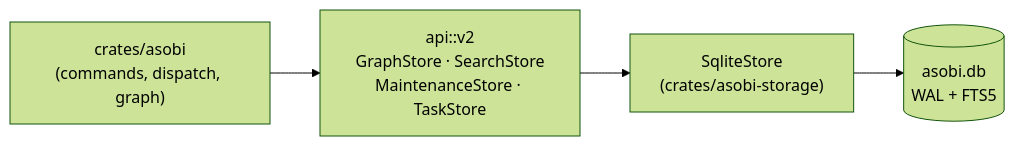
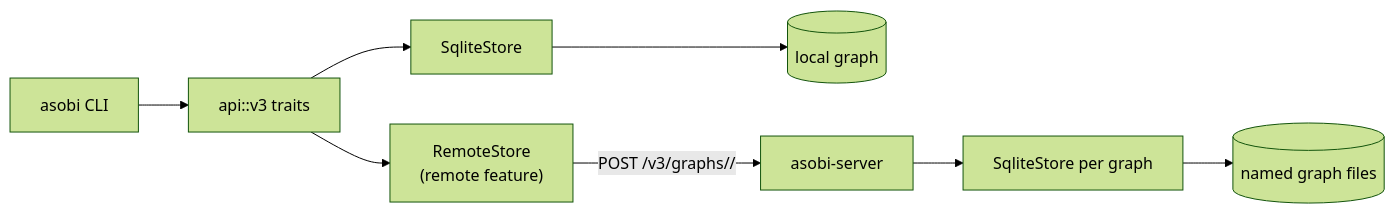
One commit to azusachino/asobi changed the diagram in README.md. Above: the diagram before and after it, drawn with Mermaid (forest theme). The commit also changed other lines of this file and 15 other files, not shown here.

````diff
--- a/README.md
+++ b/README.md
@@ -31,11 +32,8 @@
 ```mermaid
 flowchart LR
-    CLI["crates/asobi\n(commands, dispatch, graph)"]
-    API["api::v2\nGraphStore · SearchStore\nMaintenanceStore · TaskStore"]
-    Sqlite["SqliteStore\n(crates/asobi-storage)"]
-    DB[("asobi.db\nWAL + FTS5")]
-
-    CLI --> API
-    API --> Sqlite
-    Sqlite --> DB
+    CLI["asobi CLI"] --> API["api::v3 traits"]
+    API --> Local["SqliteStore"] --> LocalDB[("local graph")]
+    API --> Remote["RemoteStore\n(remote feature)"]
+    Remote -->|"POST /v3/graphs/<graph>/<operation>"| Server["asobi-server"]
+    Server --> Named["SqliteStore per graph"] --> ServerDB[("named graph files")]
 ```
````
